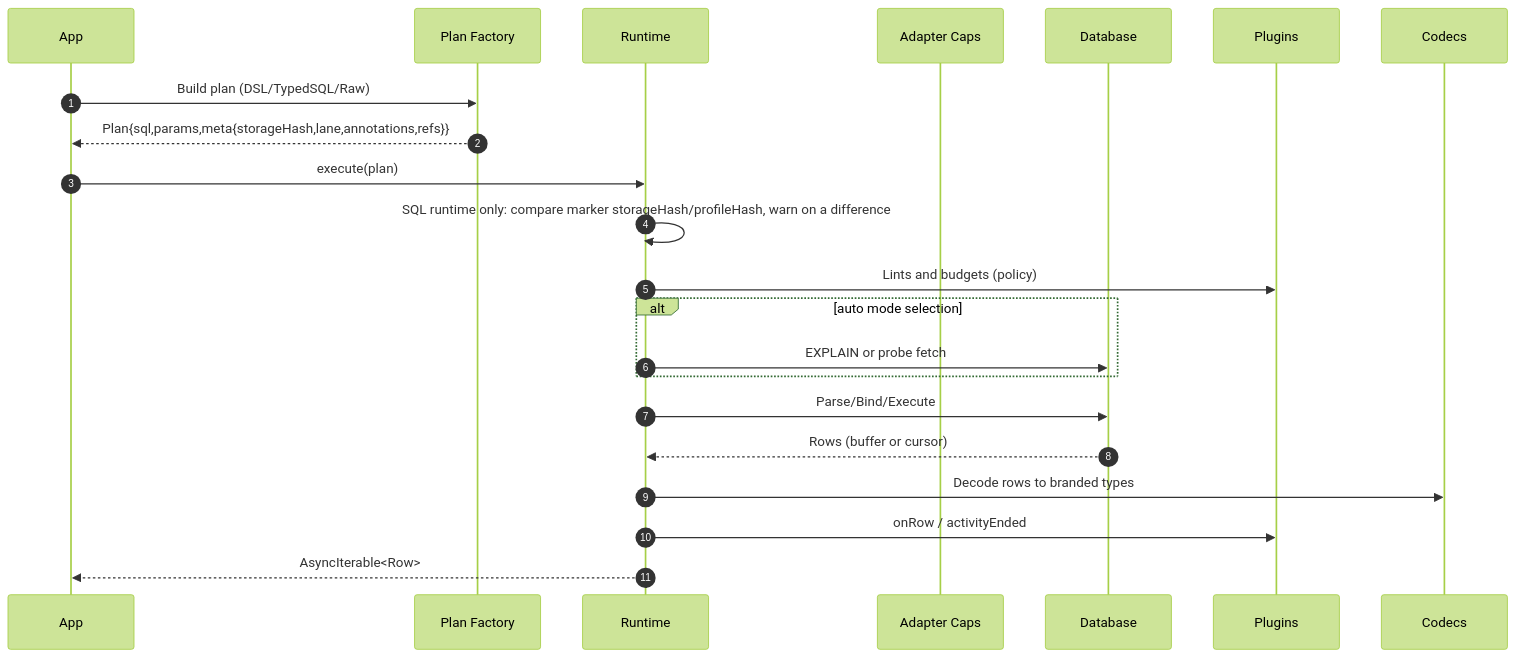
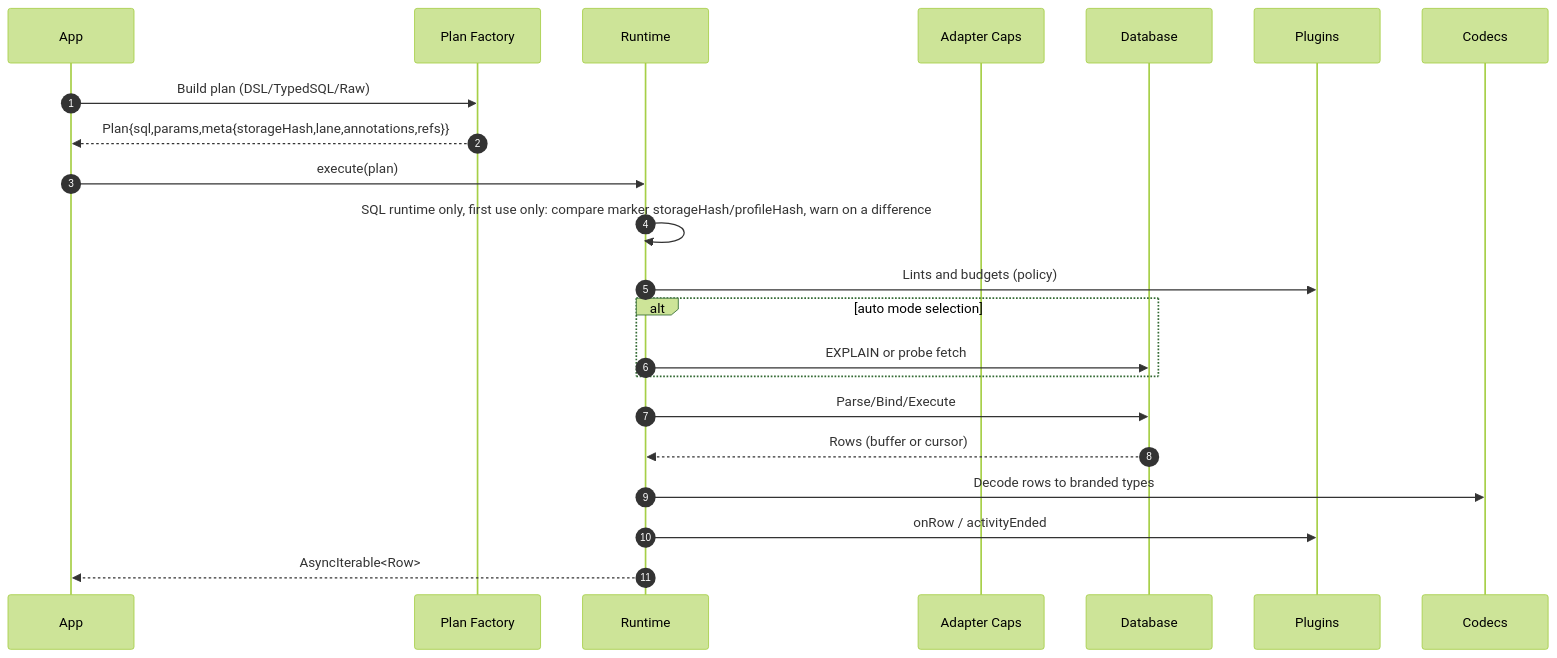
The third of 4 diagrams in docs/Architecture Overview.md (prisma/orm), drawn with Mermaid (forest theme) before and after one commit. The commit also changed other lines of this file, not shown here.

Commit message:
docs: the overview says the marker check runs once and compares the profile hash only when the contract has one

````diff
--- a/docs/Architecture Overview.md
+++ b/docs/Architecture Overview.md
@@ -216,25 +216,25 @@
 ```mermaid
 sequenceDiagram
   autonumber
   participant App as App
   participant Factory as Plan Factory
   participant Runtime as Runtime
   participant Caps as Adapter Caps
   participant DB as Database
   participant Plugins as Plugins
   participant Codecs as Codecs
 
   App->>Factory: Build plan (DSL/TypedSQL/Raw)
   Factory-->>App: Plan{sql,params,meta{storageHash,lane,annotations,refs}}
   App->>Runtime: execute(plan)
-  Runtime->>Runtime: SQL runtime only: compare marker storageHash/profileHash, warn on a difference
+  Runtime->>Runtime: SQL runtime only, first use only: compare marker storageHash/profileHash, warn on a difference
   Runtime->>Plugins: Lints and budgets (policy)
   alt auto mode selection
     Runtime->>DB: EXPLAIN or probe fetch
   end
   Runtime->>DB: Parse/Bind/Execute
   DB-->>Runtime: Rows (buffer or cursor)
   Runtime->>Codecs: Decode rows to branded types
   Runtime->>Plugins: onRow / activityEnded
   Runtime-->>App: AsyncIterable<Row>
 ```
````
